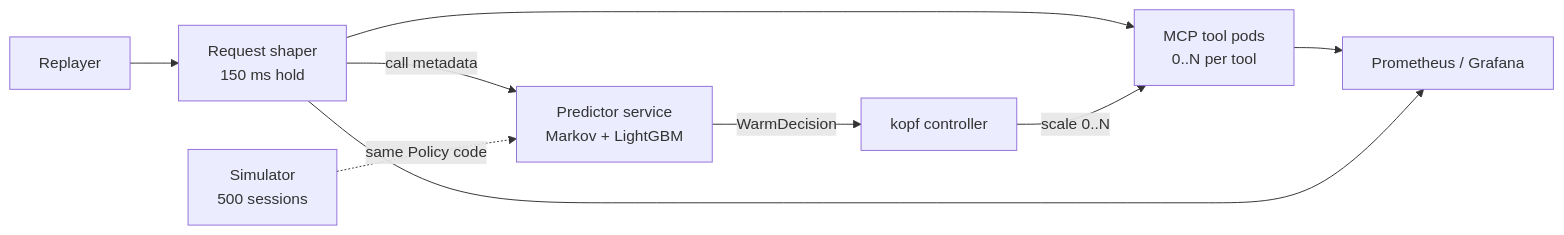
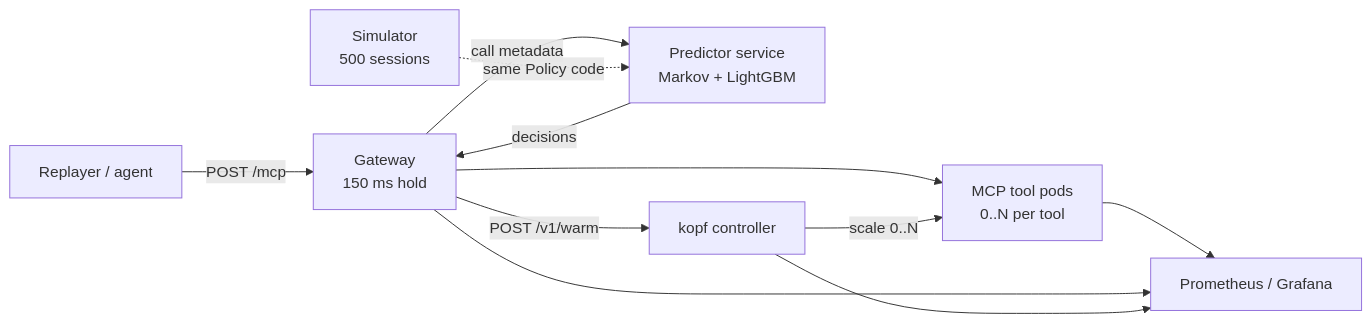
The diagram in README.md (SYNKRONOX/skypiea-prewarm), drawn with Mermaid before and after one commit. The commit also changed other lines of this file and 5 other files, not shown here.

First line of the commit message:
Root README/Makefile: kind 1+1, helm chart, gateway/controller/CLI/replayer, AWS; handoff

````diff
--- a/README.md
+++ b/README.md
@@ -63,11 +63,13 @@
 ```mermaid
 flowchart LR
-    R[Replayer] --> S[Request shaper<br/>150 ms hold]
+    R[Replayer / agent] -->|POST /mcp| S[Gateway<br/>150 ms hold]
     S --> T[MCP tool pods<br/>0..N per tool]
     S -->|call metadata| P[Predictor service<br/>Markov + LightGBM]
-    P -->|WarmDecision| C[kopf controller]
+    P -->|decisions| S
+    S -->|POST /v1/warm| C[kopf controller]
     C -->|scale 0..N| T
     T --> M[Prometheus / Grafana]
     S --> M
+    C --> M
     SIM[Simulator<br/>500 sessions] -.->|same Policy code| P
 ```
````
